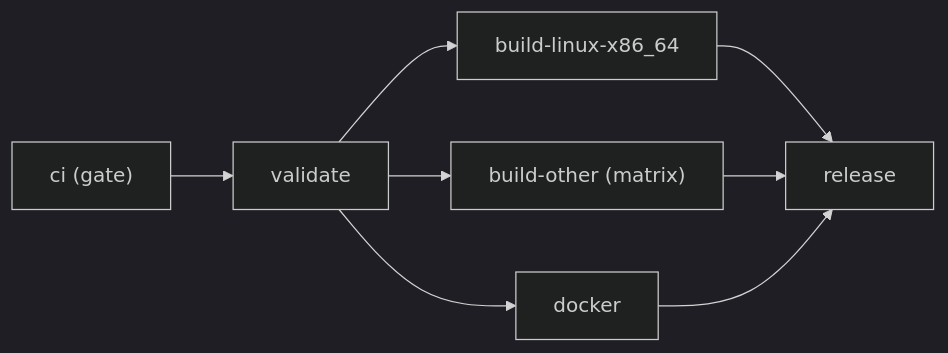
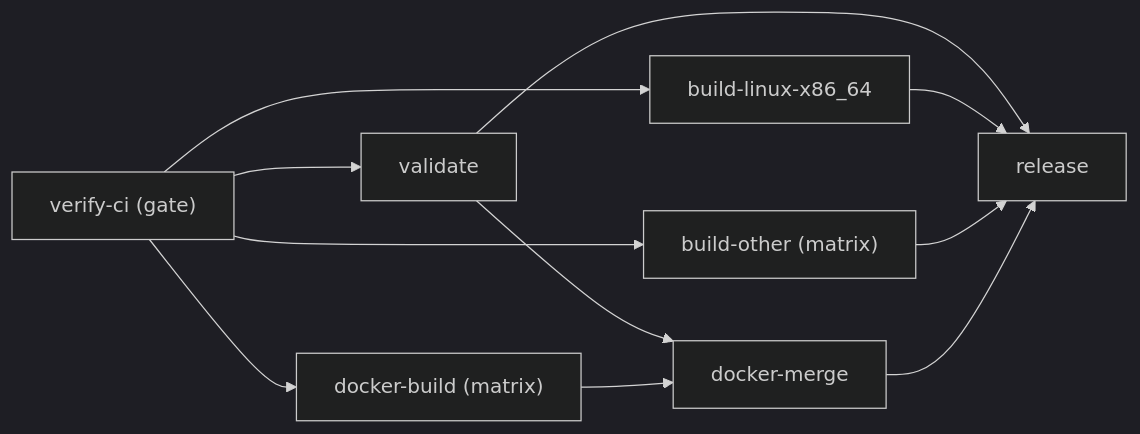
One commit to beshu-tech/deltaglider_proxy changed the second of 2 diagrams in docs/dev/ci-infra.md. Above: the diagram before and after it, drawn with Mermaid (dark theme). The commit also changed other lines of this file and 6 other files, not shown here.

````diff
--- a/docs/dev/ci-infra.md
+++ b/docs/dev/ci-infra.md
@@ -239,10 +191,13 @@
 ```mermaid
 graph LR
-    CI["ci (gate)"] --> VALIDATE["validate"]
-    VALIDATE --> BX86["build-linux-x86_64"]
-    VALIDATE --> BOTHER["build-other (matrix)"]
-    VALIDATE --> DOCKER["docker"]
-    BX86 --> RELEASE["release"]
+    CI["verify-ci (gate)"] --> VALIDATE["validate"]
+    CI --> BX86["build-linux-x86_64"]
+    CI --> BOTHER["build-other (matrix)"]
+    CI --> DBUILD["docker-build (matrix)"]
+    VALIDATE --> DMERGE["docker-merge"]
+    DBUILD --> DMERGE
+    VALIDATE --> RELEASE["release"]
+    BX86 --> RELEASE
     BOTHER --> RELEASE
-    DOCKER --> RELEASE
+    DMERGE --> RELEASE
 ```
````
